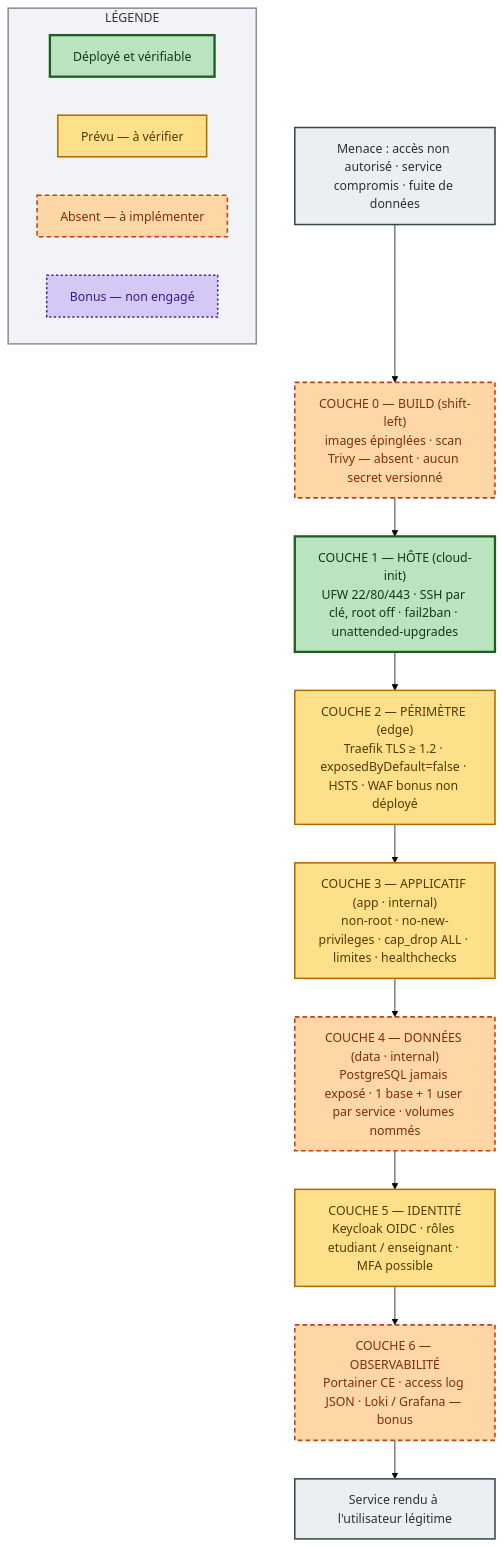
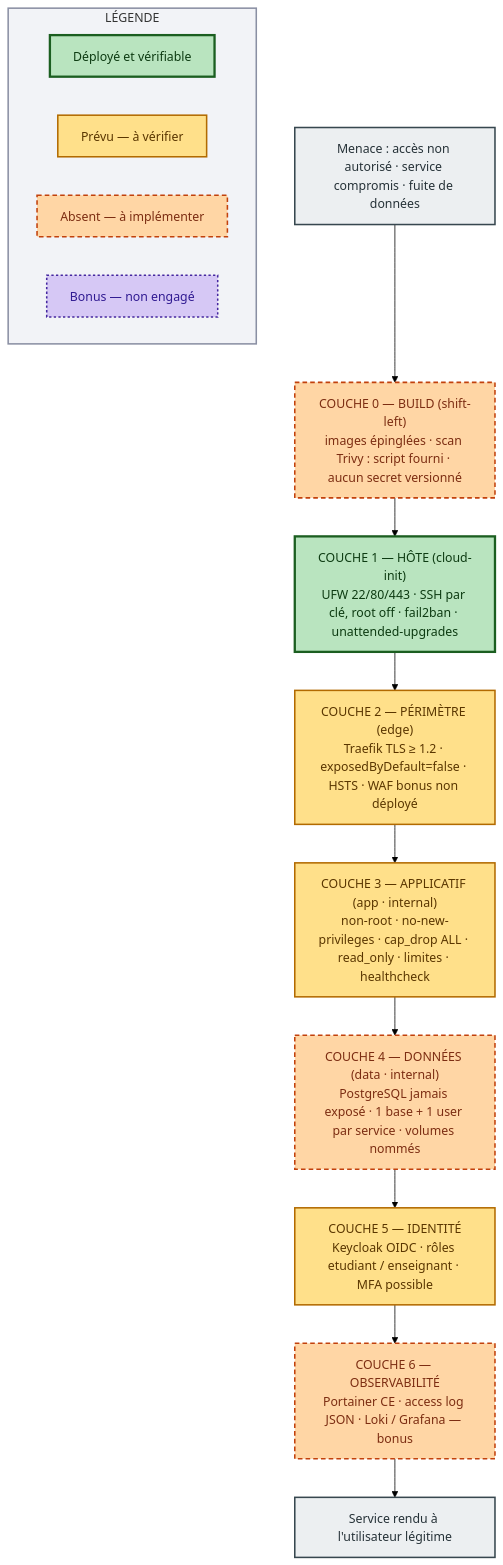
One commit to 20GHhub19/CR465-travail-de-session changed the diagram in docs/architecture/05-defense-en-profondeur.md. Above: the diagram before and after it, drawn with Mermaid (forest theme). The commit also changed other lines of this file and 4 other files, not shown here.

First line of the commit message:
docs: met a jour README et schemas apres durcissement

````diff
--- a/docs/architecture/05-defense-en-profondeur.md
+++ b/docs/architecture/05-defense-en-profondeur.md
@@ -10,41 +10,41 @@
 ```mermaid
 flowchart TB
     MENACE["Menace : accès non autorisé · service compromis · fuite de données"]
 
-    C0["COUCHE 0 — BUILD (shift-left)<br/>images épinglées · scan Trivy — absent · aucun secret versionné"]
+    C0["COUCHE 0 — BUILD (shift-left)<br/>images épinglées · scan Trivy : script fourni · aucun secret versionné"]
     C1["COUCHE 1 — HÔTE (cloud-init)<br/>UFW 22/80/443 · SSH par clé, root off · fail2ban · unattended-upgrades"]
     C2["COUCHE 2 — PÉRIMÈTRE (edge)<br/>Traefik TLS ≥ 1.2 · exposedByDefault=false · HSTS · WAF bonus non déployé"]
-    C3["COUCHE 3 — APPLICATIF (app · internal)<br/>non-root · no-new-privileges · cap_drop ALL · limites · healthchecks"]
+    C3["COUCHE 3 — APPLICATIF (app · internal)<br/>non-root · no-new-privileges · cap_drop ALL · read_only · limites · healthcheck"]
     C4["COUCHE 4 — DONNÉES (data · internal)<br/>PostgreSQL jamais exposé · 1 base + 1 user par service · volumes nommés"]
     C5["COUCHE 5 — IDENTITÉ<br/>Keycloak OIDC · rôles etudiant / enseignant · MFA possible"]
     C6["COUCHE 6 — OBSERVABILITÉ<br/>Portainer CE · access log JSON · Loki / Grafana — bonus"]
 
     SERVICE["Service rendu à l'utilisateur légitime"]
 
     MENACE --> C0 --> C1 --> C2 --> C3 --> C4 --> C5 --> C6 --> SERVICE
 
     subgraph LEG["LÉGENDE"]
         direction LR
         G1["Déployé et vérifiable"]
         G2["Prévu — à vérifier"]
         G3["Absent — à implémenter"]
         G4["Bonus — non engagé"]
     end
 
     classDef deployed fill:#b9e4bf,stroke:#1b5e20,stroke-width:3px,color:#0d3b12
     classDef partial fill:#ffe08a,stroke:#b26a00,stroke-width:2px,color:#5a3600
     classDef toBuild fill:#ffd6a5,stroke:#c2410c,stroke-width:2px,stroke-dasharray:6 4,color:#7c2d12
     classDef bonus fill:#d6c8f5,stroke:#4527a0,stroke-width:2px,stroke-dasharray:3 3,color:#311b92
     classDef zone fill:#f2f3f7,stroke:#8a8fa3,stroke-width:2px
     classDef bookend fill:#eceff1,stroke:#37474f,stroke-width:2px,color:#263238
 
     class C1 deployed
     class C2,C3,C5 partial
     class C0,C4,C6 toBuild
     class MENACE,SERVICE bookend
     class G1 deployed
     class G2 partial
     class G3 toBuild
     class G4 bonus
     class LEG zone
 ```
````
